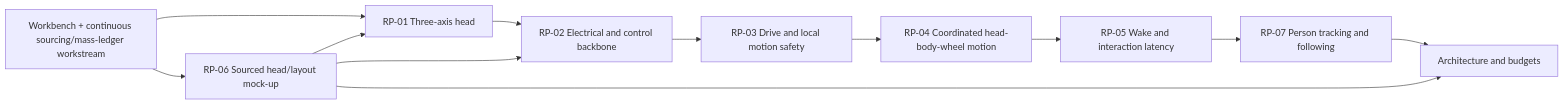
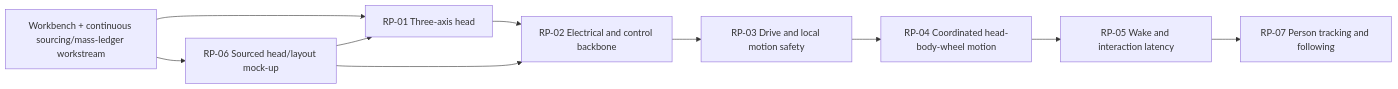
Before and after one commit to Avinier/M4K4-D: the diagram in docs/01-system/risk-prototype-plan.md, drawn with Mermaid. The commit also changed other lines of this file and 27 other files, not shown here.

Commit message:
docs: drop the retired architecture, BOM, and root-CAD sequence from current documents.

````diff
--- a/docs/01-system/risk-prototype-plan.md
+++ b/docs/01-system/risk-prototype-plan.md
@@ -30,18 +28,16 @@
 ```mermaid
 flowchart LR
     P0["Workbench + continuous sourcing/mass-ledger workstream"]
     P1["RP-01 Three-axis head"]
     P2["RP-02 Electrical and control backbone"]
     P3["RP-03 Drive and local motion safety"]
     P4["RP-04 Coordinated head-body-wheel motion"]
     P5["RP-05 Wake and interaction latency"]
     P6["RP-06 Sourced head/layout mock-up"]
     P7["RP-07 Person tracking and following"]
-    A["Architecture and budgets"]
 
-    P0 --> P1 --> P2 --> P3 --> P4 --> P5 --> P7 --> A
+    P0 --> P1 --> P2 --> P3 --> P4 --> P5 --> P7
     P0 --> P6
     P6 --> P1
     P6 --> P2
-    P6 --> A
 ```
````
